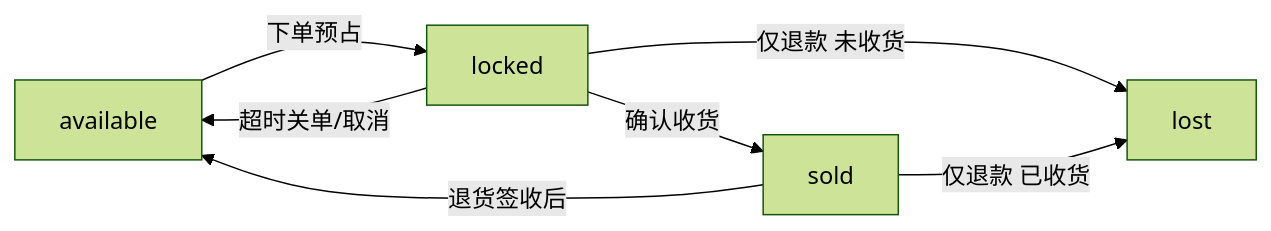
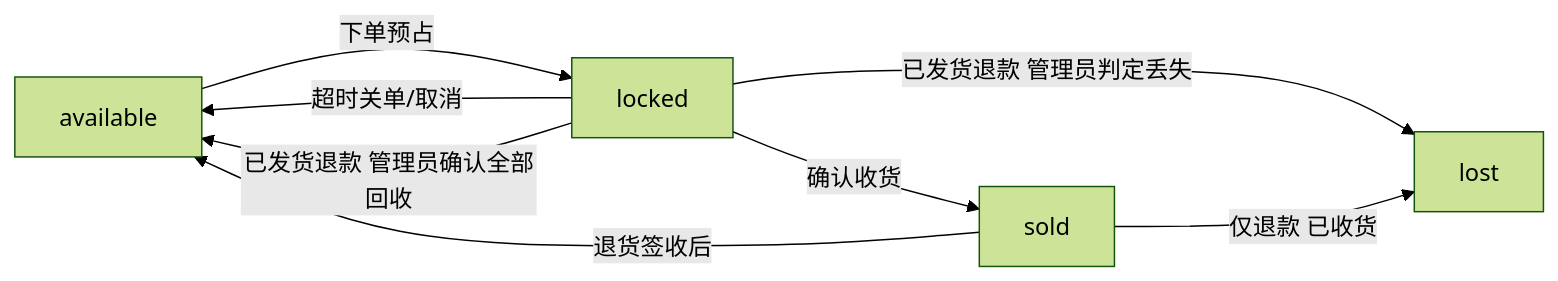
Before and after one commit to cpc-lib/mall: the third of 4 diagrams in CODE_INTRO.md, drawn with Mermaid (forest theme). The commit also changed other lines of this file and 58 other files, not shown here.

````diff
--- a/CODE_INTRO.md
+++ b/CODE_INTRO.md
@@ -264,9 +264,10 @@
 ```mermaid
 flowchart LR
     A[available] -->|下单预占| B[locked]
     B -->|确认收货| C[sold]
     B -->|超时关单/取消| A
-    B -->|仅退款 未收货| D[lost]
+    B -->|已发货退款 管理员判定丢失| D[lost]
+    B -->|已发货退款 管理员确认全部回收| A
     C -->|仅退款 已收货| D
     C -->|退货签收后| A
 ```
````
